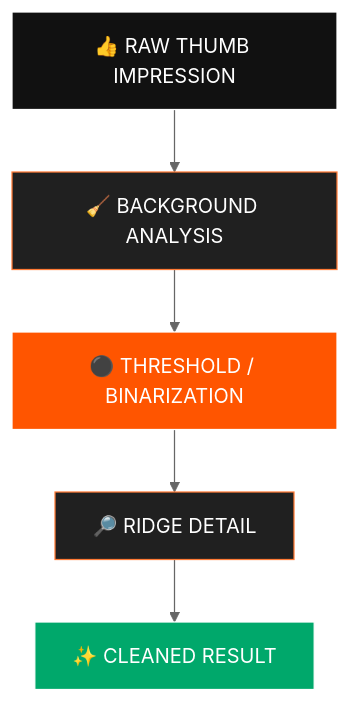
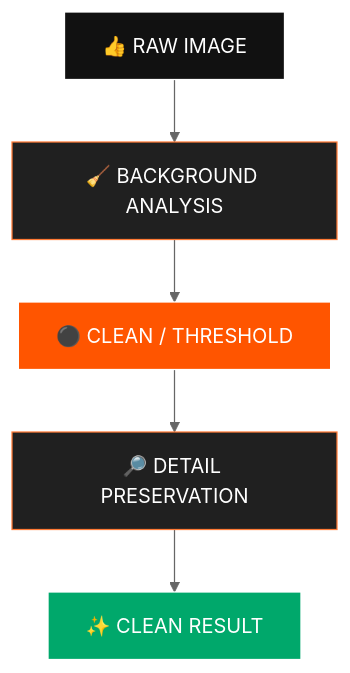
Before and after one commit to AkshatRaj00/cutout-studio: the sixth of 8 diagrams in README.md, drawn with Mermaid (neutral theme). The commit also changed other lines of this file, not shown here.

````diff
--- a/README.md
+++ b/README.md
@@ -296,14 +223,14 @@
 ```mermaid
 flowchart TD
 
-    A["👍 RAW THUMB IMPRESSION"] --> B["🧹 BACKGROUND ANALYSIS"]
-    B --> C["⚫ THRESHOLD / BINARIZATION"]
-    C --> D["🔎 RIDGE DETAIL"]
-    D --> E["✨ CLEANED RESULT"]
+    A["👍 RAW IMAGE"] --> B["🧹 BACKGROUND ANALYSIS"]
+    B --> C["⚫ CLEAN / THRESHOLD"]
+    C --> D["🔎 DETAIL PRESERVATION"]
+    D --> E["✨ CLEAN RESULT"]
 
     style A fill:#111111,stroke:#ffffff,color:#ffffff
     style B fill:#202020,stroke:#ff7a35,color:#ffffff
     style C fill:#ff5500,stroke:#ffffff,color:#ffffff
     style D fill:#202020,stroke:#ff7a35,color:#ffffff
     style E fill:#00a86b,stroke:#ffffff,color:#ffffff
 ```
````
